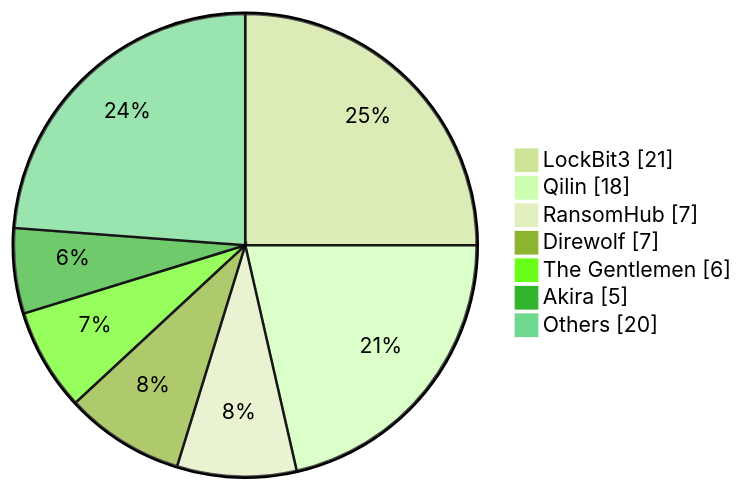
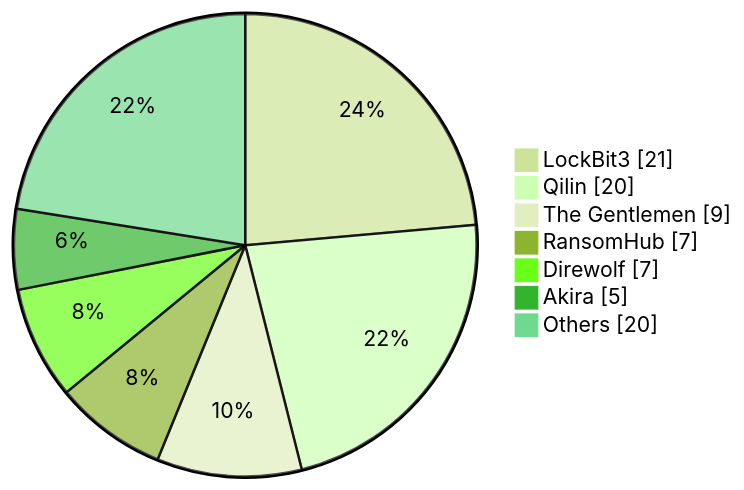
Before and after one commit to rectifyq/site: the first of 2 diagrams in content/index.md, drawn with Mermaid (forest theme). The commit also changed 1 other file, not shown here.

Commit message:
Quartz sync: Jul 26, 2026, 5:25 PM

````diff
--- a/content/index.md
+++ b/content/index.md
@@ -157,10 +157,10 @@
 ```mermaid
 pie showData 
     "LockBit3" : 21
-    "Qilin" : 18
+    "Qilin" : 20
+    "The Gentlemen" : 9
     "RansomHub" : 7
     "Direwolf" : 7
-    "The Gentlemen" : 6
     "Akira" : 5
     "Others" : 20
 ```
````
